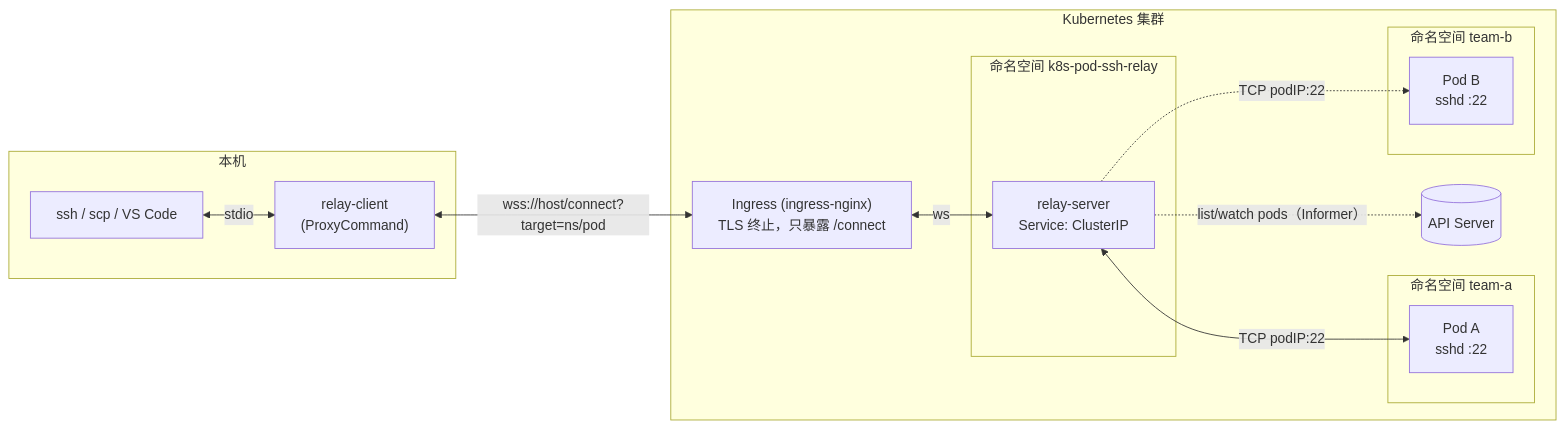
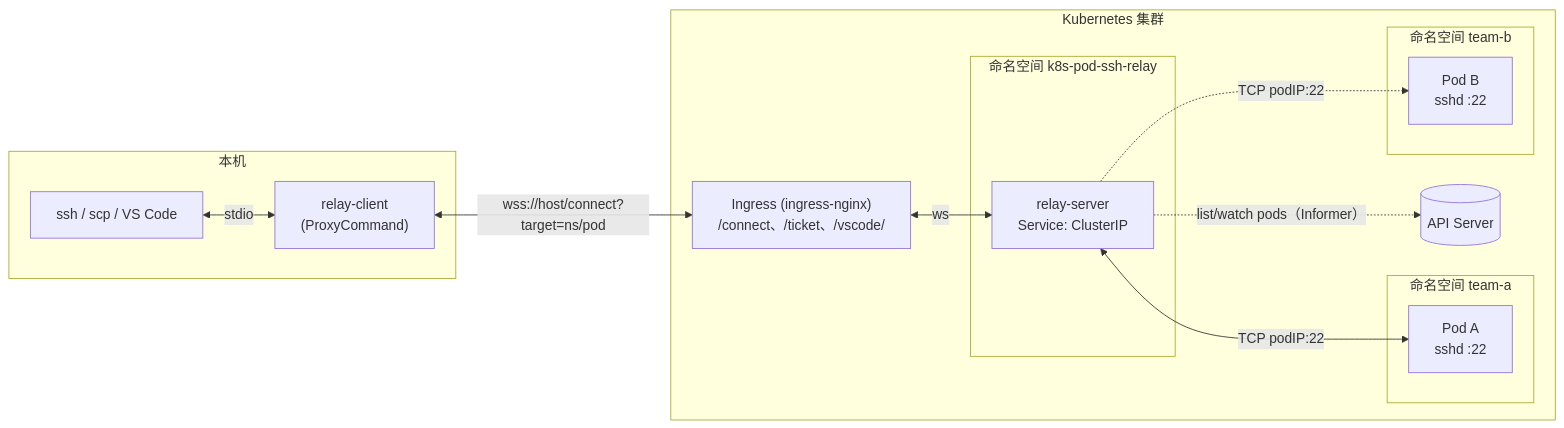
The first of 2 diagrams in README.zh-CN.md (fqix/k8s-pod-ssh-relay), drawn with Mermaid before and after one commit. The commit also changed other lines of this file and 12 other files, not shown here.

````diff
--- a/README.zh-CN.md
+++ b/README.zh-CN.md
@@ -22,28 +22,28 @@
 ```mermaid
 flowchart LR
   subgraph local["本机"]
     ssh["ssh / scp / VS Code"]
     client["relay-client<br/>(ProxyCommand)"]
     ssh <-->|stdio| client
   end
 
   subgraph cluster["Kubernetes 集群"]
     api[("API Server")]
-    ingress["Ingress (ingress-nginx)<br/>TLS 终止，只暴露 /connect"]
+    ingress["Ingress (ingress-nginx)<br/>/connect、/ticket、/vscode/"]
     subgraph ns["命名空间 k8s-pod-ssh-relay"]
       relay["relay-server<br/>Service: ClusterIP"]
     end
     subgraph nsA["命名空间 team-a"]
       podA["Pod A<br/>sshd :22"]
     end
     subgraph nsB["命名空间 team-b"]
       podB["Pod B<br/>sshd :22"]
     end
   end
 
   client <-->|"wss://host/connect?target=ns/pod"| ingress
   ingress <-->|ws| relay
   relay <-->|"TCP podIP:22"| podA
   relay -. "TCP podIP:22" .-> podB
   relay -. "list/watch pods（Informer）" .-> api
 ```
````
